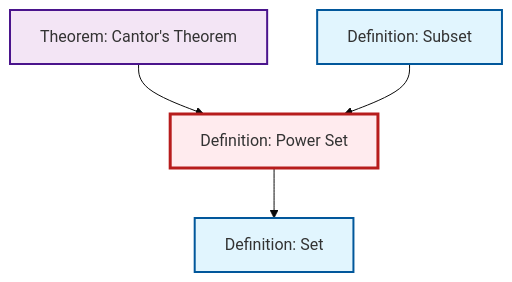
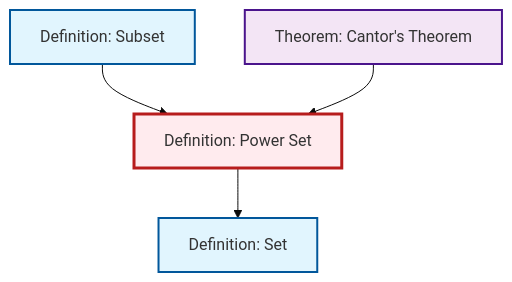
The diagram in output/mermaid/def-power-set.mermaid (RK0429/ModernMath), drawn with Mermaid (base theme) before and after one commit. The commit also changed other lines of this file and 1120 other files, not shown here.

````diff
--- a/output/mermaid/def-power-set.mermaid
+++ b/output/mermaid/def-power-set.mermaid
@@ -1,17 +1,17 @@
 ```{mermaid}
 %%| fig-cap: "Local dependency graph"
 graph TD
     classDef definition fill:#e1f5fe,stroke:#01579b,stroke-width:2px
     classDef theorem fill:#f3e5f5,stroke:#4a148c,stroke-width:2px
     classDef axiom fill:#fff3e0,stroke:#e65100,stroke-width:2px
     classDef example fill:#e8f5e9,stroke:#1b5e20,stroke-width:2px
     classDef current fill:#ffebee,stroke:#b71c1c,stroke-width:3px
-    def-set["Definition: Set"]:::definition
+    def-subset["Definition: Subset"]:::definition
     def-power-set["Definition: Power Set"]:::definition
     thm-cantor["Theorem: Cantor's Theorem"]:::theorem
-    def-subset["Definition: Subset"]:::definition
+    def-set["Definition: Set"]:::definition
+    def-subset --> def-power-set
     thm-cantor --> def-power-set
     def-power-set --> def-set
-    def-subset --> def-power-set
     class def-power-set current
 ```
````
